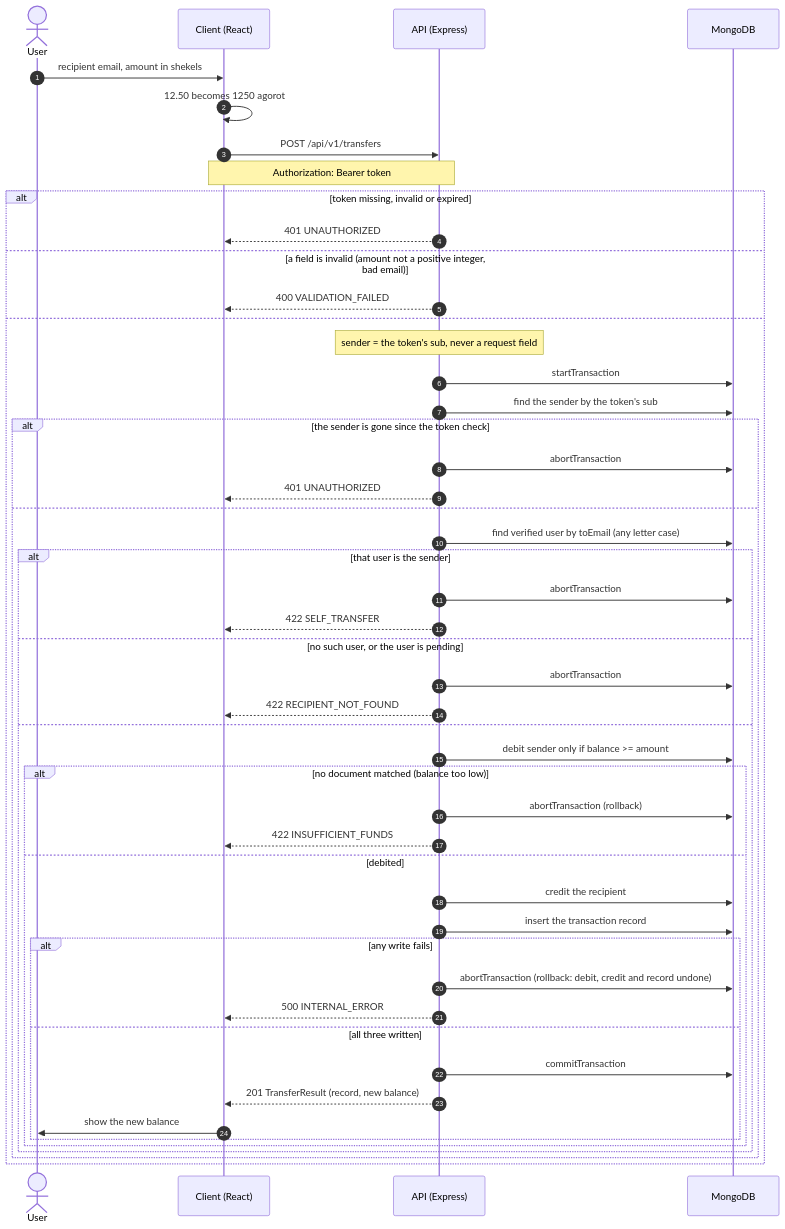
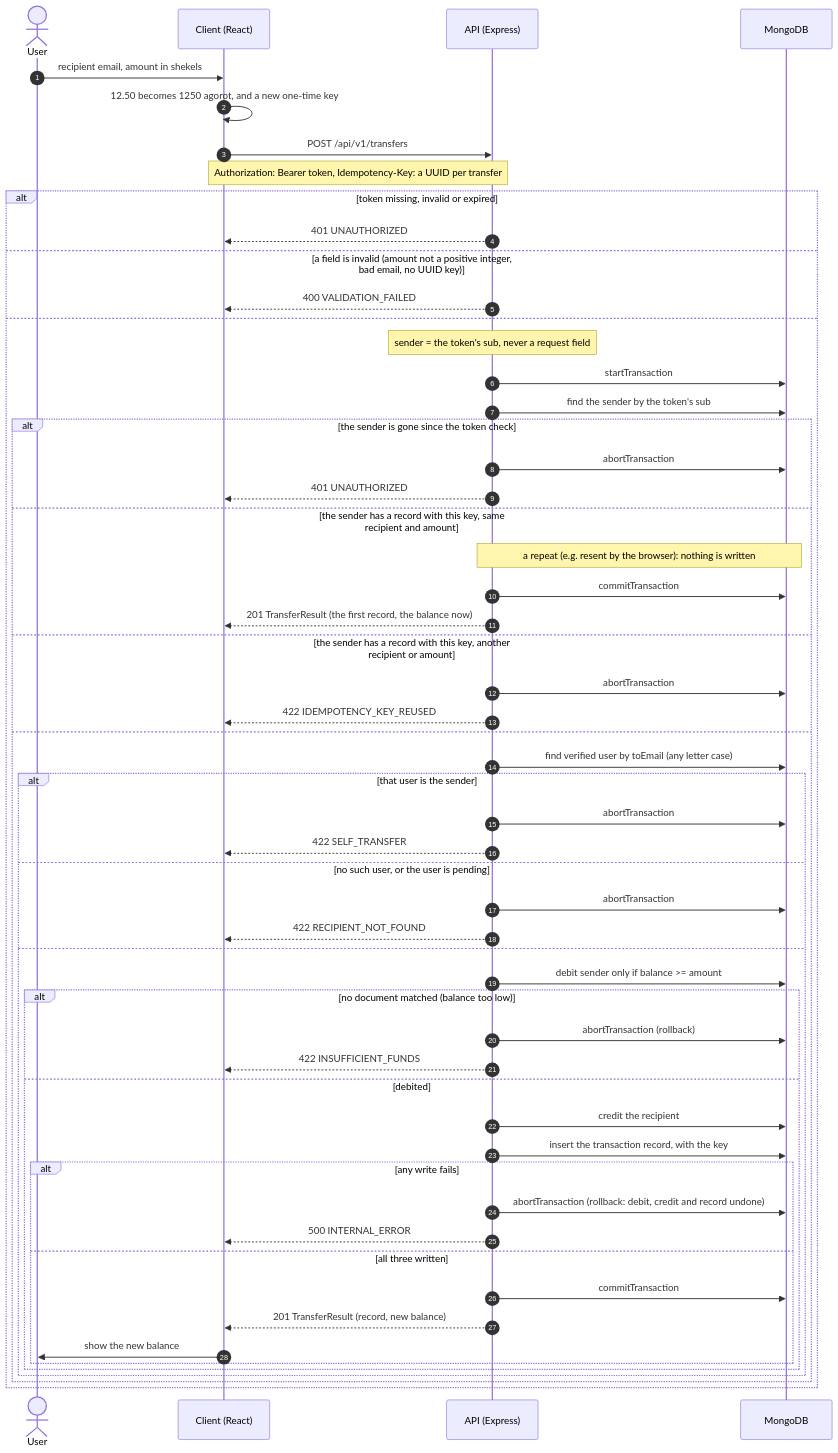
The diagram in docs/diagrams/transfer.md (NimbleShot/web-banking-app), drawn with Mermaid before and after one commit. The commit also changed other lines of this file and 21 other files, not shown here.

````diff
--- a/docs/diagrams/transfer.md
+++ b/docs/diagrams/transfer.md
@@ -9,52 +10,59 @@
 ```mermaid
 sequenceDiagram
     autonumber
     actor U as User
     participant C as Client (React)
     participant API as API (Express)
     participant DB as MongoDB
 
     U->>C: recipient email, amount in shekels
-    C->>C: 12.50 becomes 1250 agorot
+    C->>C: 12.50 becomes 1250 agorot, and a new one-time key
     C->>API: POST /api/v1/transfers
-    Note over C,API: Authorization: Bearer token
+    Note over C,API: Authorization: Bearer token, Idempotency-Key: a UUID per transfer
     alt token missing, invalid or expired
         API-->>C: 401 UNAUTHORIZED
-    else a field is invalid (amount not a positive integer, bad email)
+    else a field is invalid (amount not a positive integer, bad email, no UUID key)
         API-->>C: 400 VALIDATION_FAILED
     else
         Note over API: sender = the token's sub, never a request field
         API->>DB: startTransaction
         API->>DB: find the sender by the token's sub
         alt the sender is gone since the token check
             API->>DB: abortTransaction
             API-->>C: 401 UNAUTHORIZED
+        else the sender has a record with this key, same recipient and amount
+            Note over API,DB: a repeat (e.g. resent by the browser): nothing is written
+            API->>DB: commitTransaction
+            API-->>C: 201 TransferResult (the first record, the balance now)
+        else the sender has a record with this key, another recipient or amount
+            API->>DB: abortTransaction
+            API-->>C: 422 IDEMPOTENCY_KEY_REUSED
         else
             API->>DB: find verified user by toEmail (any letter case)
             alt that user is the sender
                 API->>DB: abortTransaction
                 API-->>C: 422 SELF_TRANSFER
             else no such user, or the user is pending
                 API->>DB: abortTransaction
                 API-->>C: 422 RECIPIENT_NOT_FOUND
             else
                 API->>DB: debit sender only if balance >= amount
                 alt no document matched (balance too low)
                     API->>DB: abortTransaction (rollback)
                     API-->>C: 422 INSUFFICIENT_FUNDS
                 else debited
                     API->>DB: credit the recipient
-                    API->>DB: insert the transaction record
+                    API->>DB: insert the transaction record, with the key
                     alt any write fails
                         API->>DB: abortTransaction (rollback: debit, credit and record undone)
                         API-->>C: 500 INTERNAL_ERROR
                     else all three written
                         API->>DB: commitTransaction
                         API-->>C: 201 TransferResult (record, new balance)
                         C->>U: show the new balance
                     end
                 end
             end
         end
     end
 ```
````
